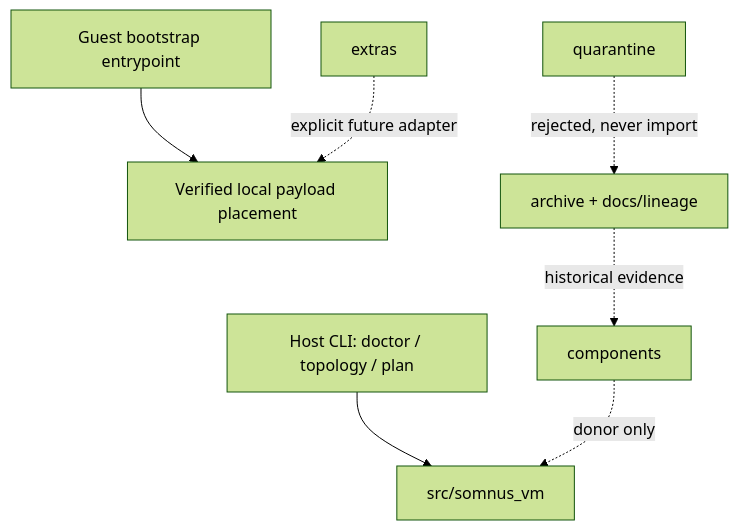
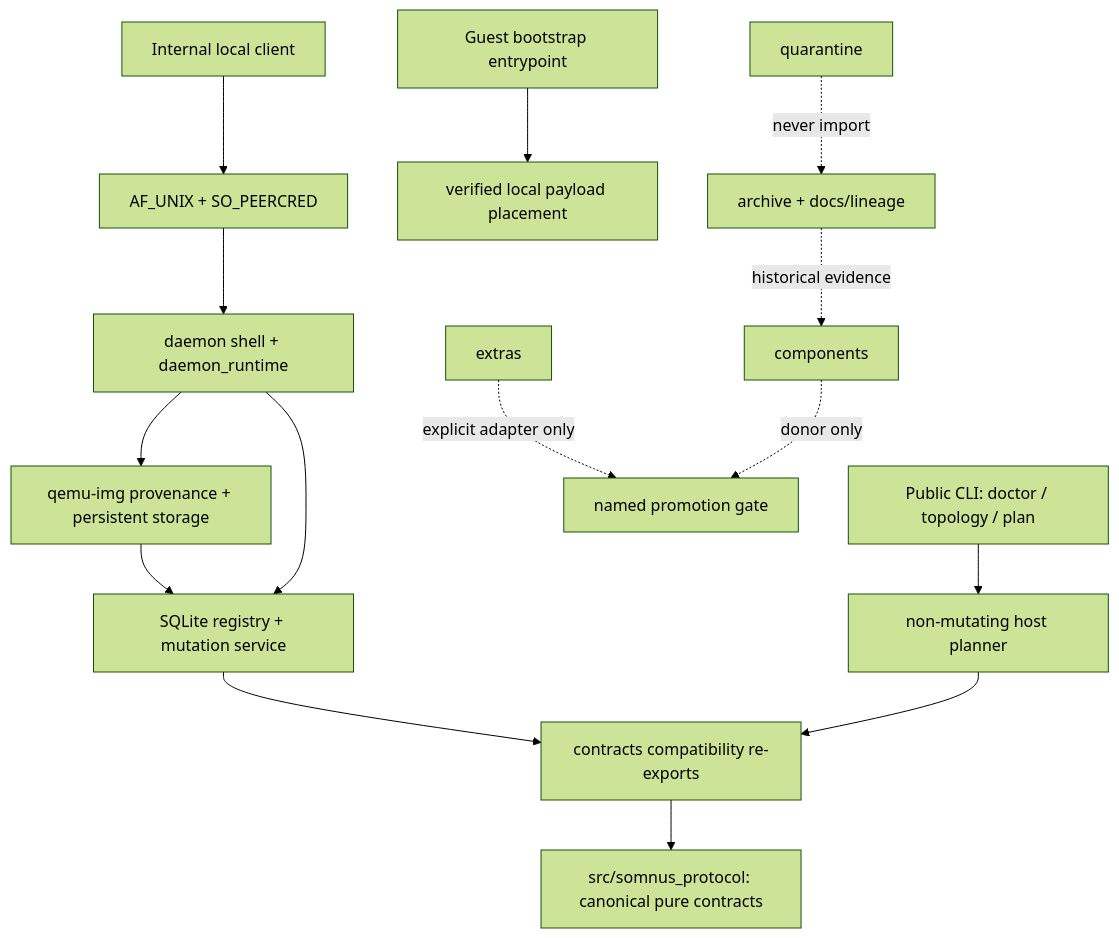
One commit to calisweetleaf/vm-lab changed the diagram in CONTEXT.md. Above: the diagram before and after it, drawn with Mermaid (forest theme). The commit also changed other lines of this file and 154 other files, not shown here.

````diff
--- a/CONTEXT.md
+++ b/CONTEXT.md
@@ -31,9 +54,17 @@
 ```mermaid
 flowchart TD
-    CLI["Host CLI: doctor / topology / plan"] --> LIVE["src/somnus_vm"]
-    BOOT["Guest bootstrap entrypoint"] --> GP["Verified local payload placement"]
-    CAND["components"] -. donor only .-> LIVE
-    COLD["extras"] -. explicit future adapter .-> GP
+    CLI["Public CLI: doctor / topology / plan"] --> PLAN["non-mutating host planner"]
+    CLIENT["Internal local client"] --> TRANSPORT["AF_UNIX + SO_PEERCRED"]
+    TRANSPORT --> DAEMON["daemon shell + daemon_runtime"]
+    DAEMON --> REG["SQLite registry + mutation service"]
+    DAEMON --> STORE["qemu-img provenance + persistent storage"]
+    PLAN --> COMPAT["contracts compatibility re-exports"]
+    REG --> COMPAT
+    STORE --> REG
+    COMPAT --> PROTO["src/somnus_protocol: canonical pure contracts"]
+    BOOT["Guest bootstrap entrypoint"] --> GP["verified local payload placement"]
+    CAND["components"] -. donor only .-> LIVE["named promotion gate"]
+    COLD["extras"] -. explicit adapter only .-> LIVE
     LINE["archive + docs/lineage"] -. historical evidence .-> CAND
-    QUAR["quarantine"] -. rejected, never import .-> LINE
+    QUAR["quarantine"] -. never import .-> LINE
 ```
````
